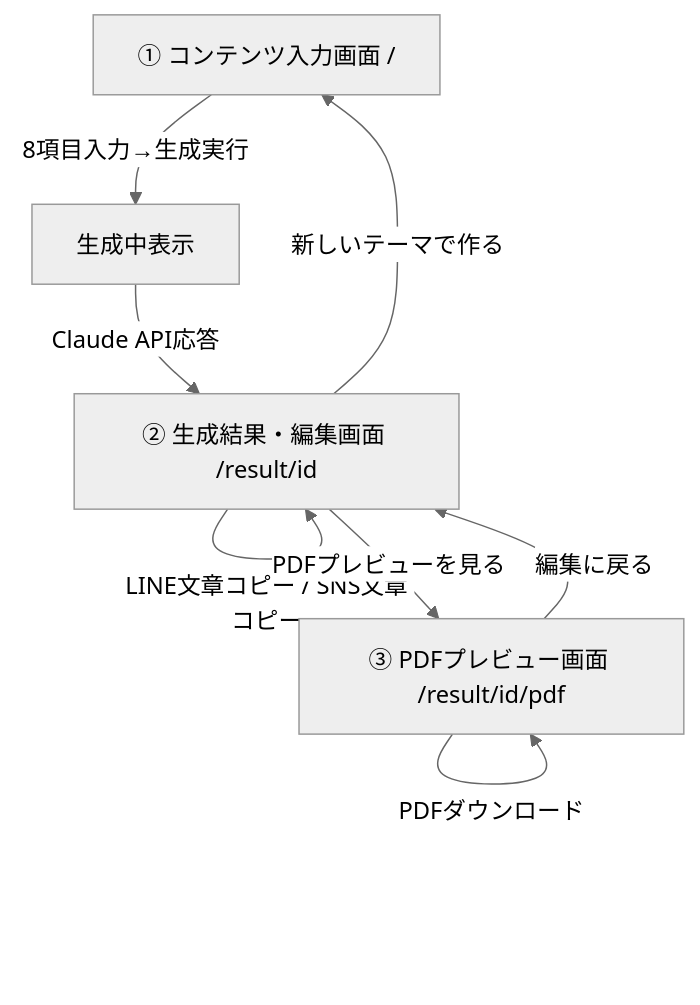
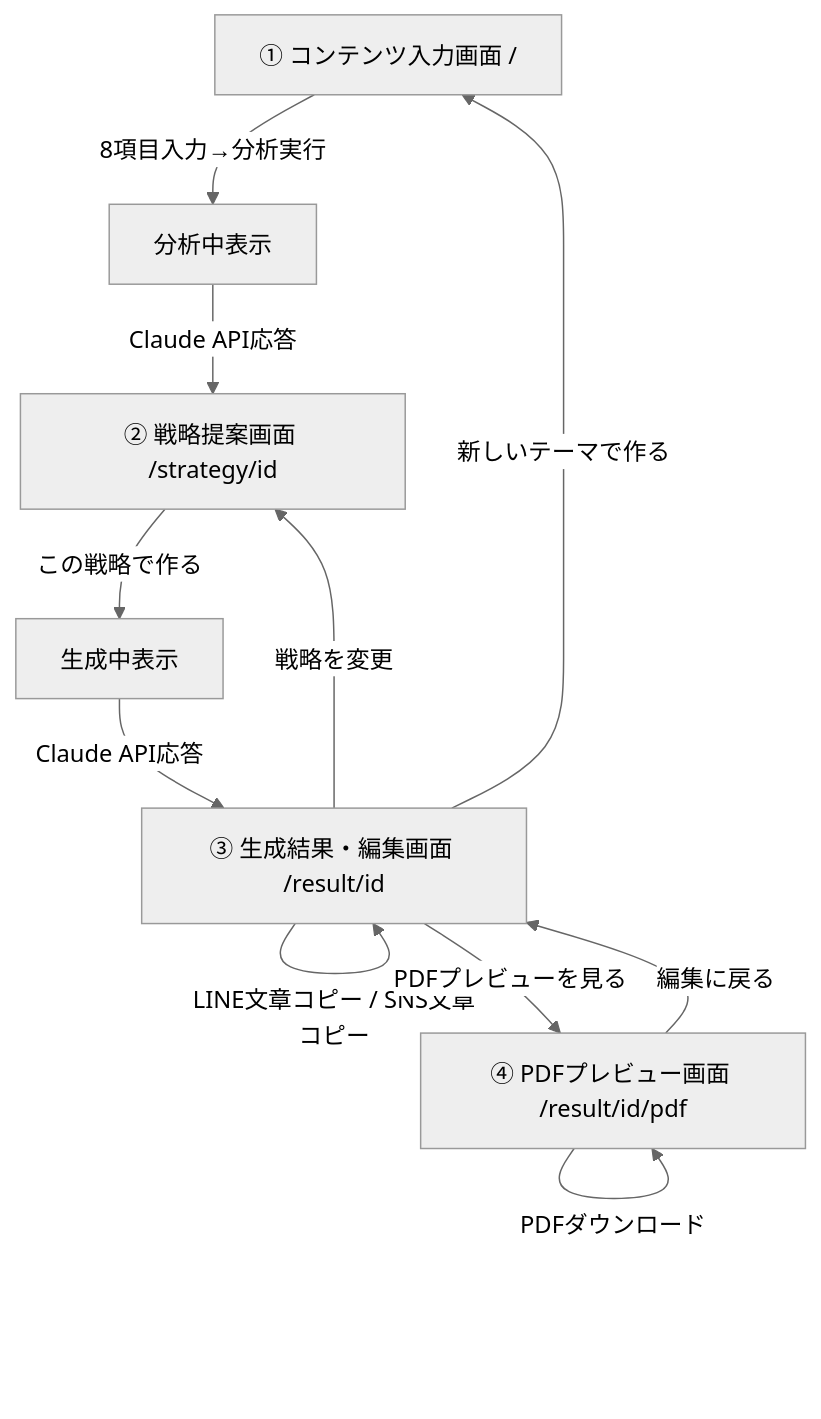
One commit to sh219034-cmd/madanai-contentsAI changed the diagram in docs/DESIGN.md. Above: the diagram before and after it, drawn with Mermaid (neutral theme). The commit also changed other lines of this file and 32 other files, not shown here.

````diff
--- a/docs/DESIGN.md
+++ b/docs/DESIGN.md
@@ -52,11 +57,14 @@
 ```mermaid
 flowchart TD
-    Input[① コンテンツ入力画面 /] -->|8項目入力→生成実行| Loading[生成中表示]
-    Loading -->|Claude API応答| Result[② 生成結果・編集画面 /result/id]
+    Input[① コンテンツ入力画面 /] -->|8項目入力→分析実行| Analyzing[分析中表示]
+    Analyzing -->|Claude API応答| Strategy[② 戦略提案画面 /strategy/id]
+    Strategy -->|この戦略で作る| Generating[生成中表示]
+    Generating -->|Claude API応答| Result[③ 生成結果・編集画面 /result/id]
     Result -->|セクション編集/再生成| Result
     Result -->|LINE文章コピー / SNS文章コピー| Result
-    Result -->|PDFプレビューを見る| Pdf[③ PDFプレビュー画面 /result/id/pdf]
+    Result -->|戦略を変更| Strategy
+    Result -->|PDFプレビューを見る| Pdf[④ PDFプレビュー画面 /result/id/pdf]
     Pdf -->|PDFダウンロード| Pdf
     Pdf -->|編集に戻る| Result
     Result -->|新しいテーマで作る| Input
 ```
````
